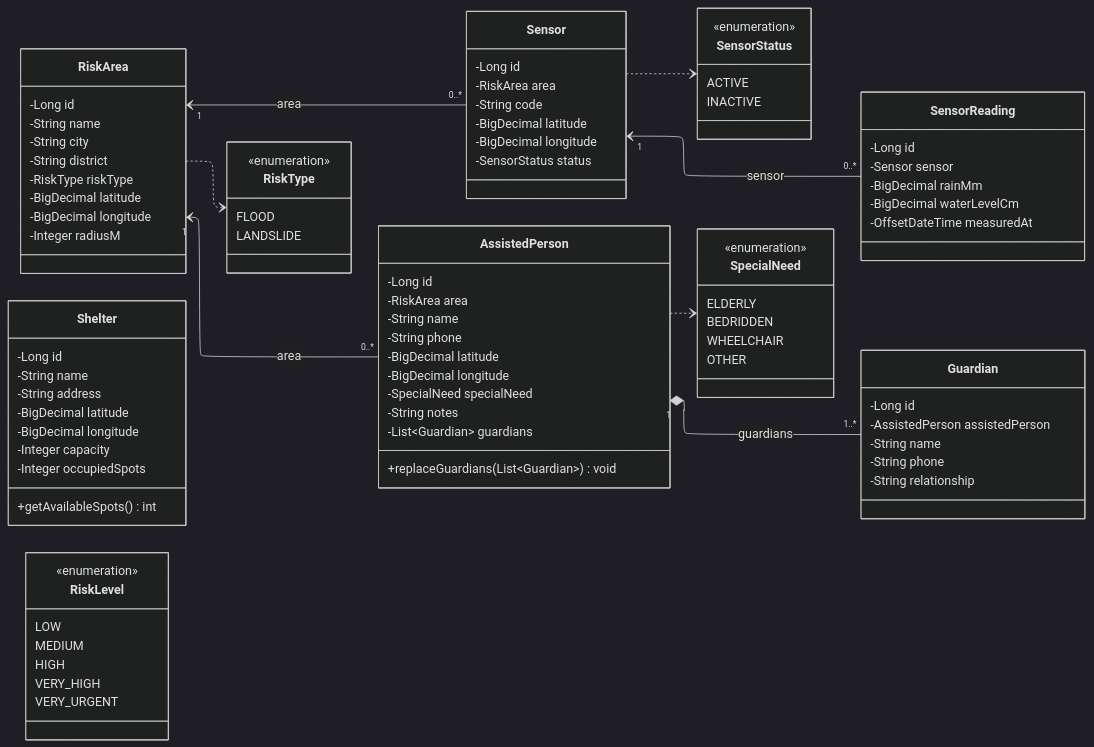
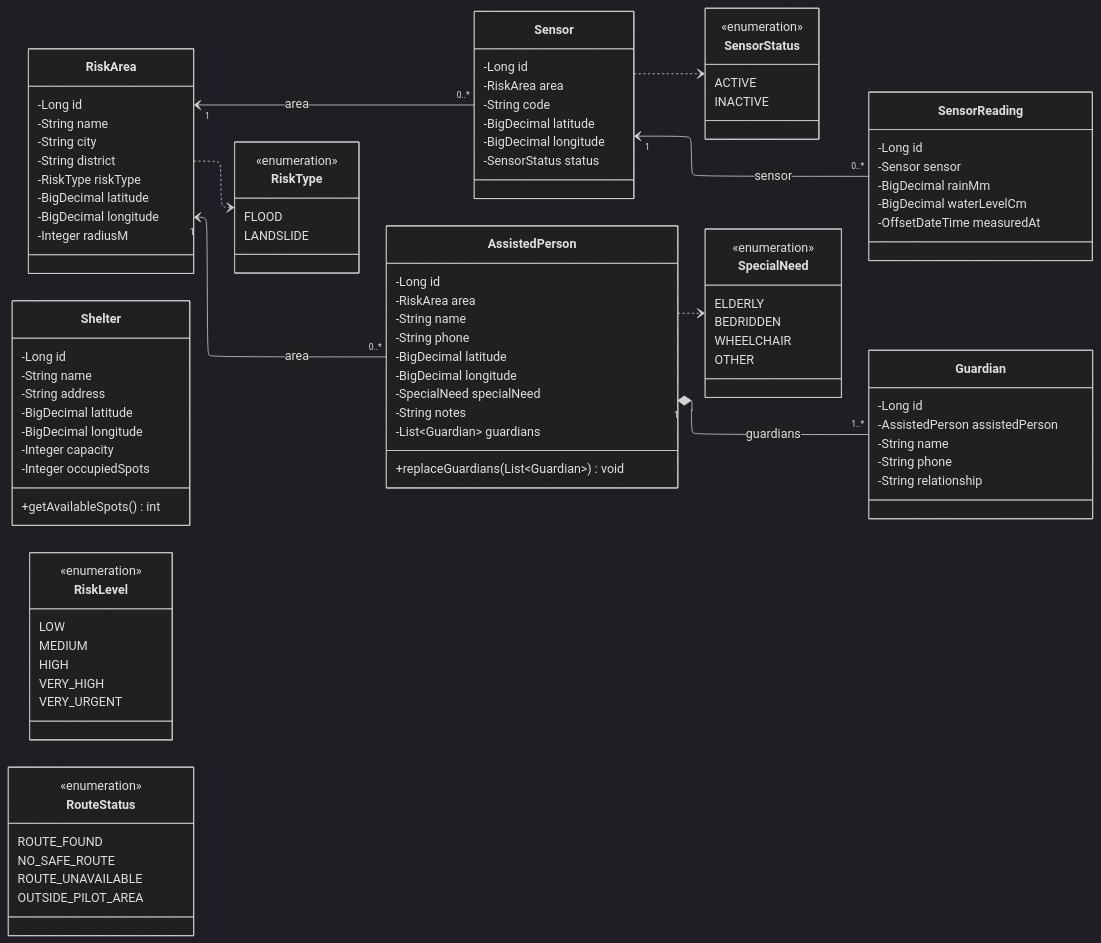
One commit to Kelwinnn/Global-Solution---Rota-Segura-DDD-Java changed the first of 4 diagrams in docs/class-diagram.md. Above: the diagram before and after it, drawn with Mermaid (dark theme). The commit also changed other lines of this file and 22 other files, not shown here.

```diff
--- a/docs/class-diagram.md
+++ b/docs/class-diagram.md
@@ -105,6 +105,14 @@
         VERY_URGENT
     }
 
+    class RouteStatus {
+        <<enumeration>>
+        ROUTE_FOUND
+        NO_SAFE_ROUTE
+        ROUTE_UNAVAILABLE
+        OUTSIDE_PILOT_AREA
+    }
+
     RiskArea "1" <-- "0..*" Sensor : area
     Sensor "1" <-- "0..*" SensorReading : sensor
     RiskArea "1" <-- "0..*" AssistedPerson : area
```
